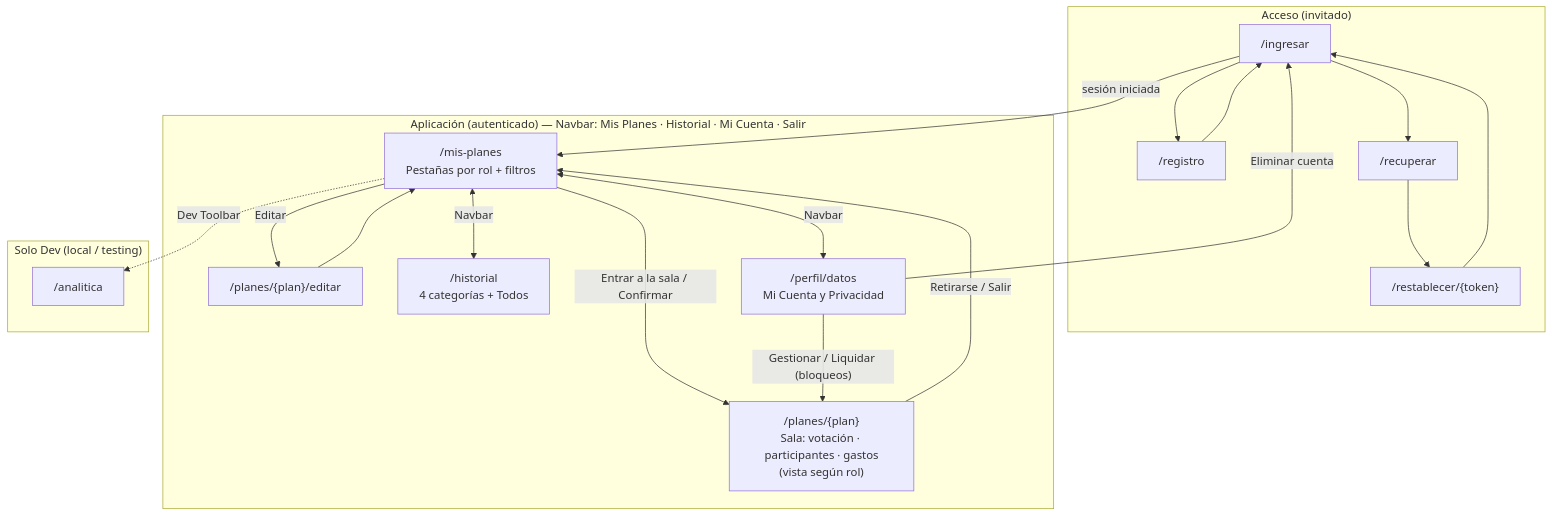
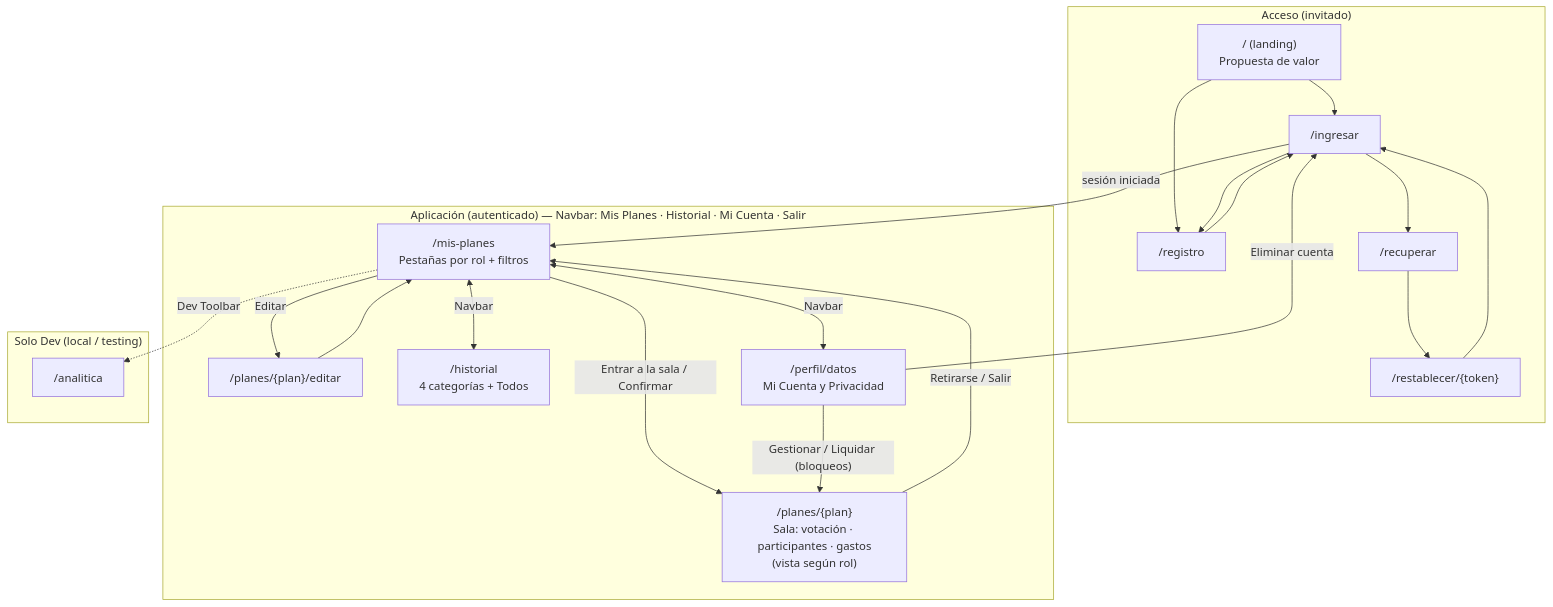
The diagram in README.md (moises-cisneros/Proyecto2IHC), drawn with Mermaid before and after one commit. The commit also changed other lines of this file and 12 other files, not shown here.

````diff
--- a/README.md
+++ b/README.md
@@ -175,35 +175,38 @@
 ```mermaid
 flowchart TD
     subgraph Acceso["Acceso (invitado)"]
+        Landing["/ (landing)<br/>Propuesta de valor"]
         Ingresar["/ingresar"]
         Registro["/registro"]
         Recuperar["/recuperar"]
         Restablecer["/restablecer/{token}"]
     end
 
     subgraph App["Aplicación (autenticado) — Navbar: Mis Planes · Historial · Mi Cuenta · Salir"]
         MisPlanes["/mis-planes<br/>Pestañas por rol + filtros"]
         Sala["/planes/{plan}<br/>Sala: votación · participantes · gastos<br/>(vista según rol)"]
         Editar["/planes/{plan}/editar"]
         Historial["/historial<br/>4 categorías + Todos"]
         MiCuenta["/perfil/datos<br/>Mi Cuenta y Privacidad"]
     end
 
     subgraph Dev["Solo Dev (local / testing)"]
         Analitica["/analitica"]
     end
 
+    Landing --> Ingresar
+    Landing --> Registro
     Ingresar --> Registro
     Ingresar --> Recuperar --> Restablecer --> Ingresar
     Registro --> Ingresar
     Ingresar -->|"sesión iniciada"| MisPlanes
 
     MisPlanes -->|"Entrar a la sala / Confirmar"| Sala
     MisPlanes -->|"Editar"| Editar --> MisPlanes
     MisPlanes <-->|"Navbar"| Historial
     MisPlanes <-->|"Navbar"| MiCuenta
     Sala -->|"Retirarse / Salir"| MisPlanes
     MiCuenta -->|"Gestionar / Liquidar (bloqueos)"| Sala
     MiCuenta -->|"Eliminar cuenta"| Ingresar
     MisPlanes -.->|"Dev Toolbar"| Analitica
 ```
````
